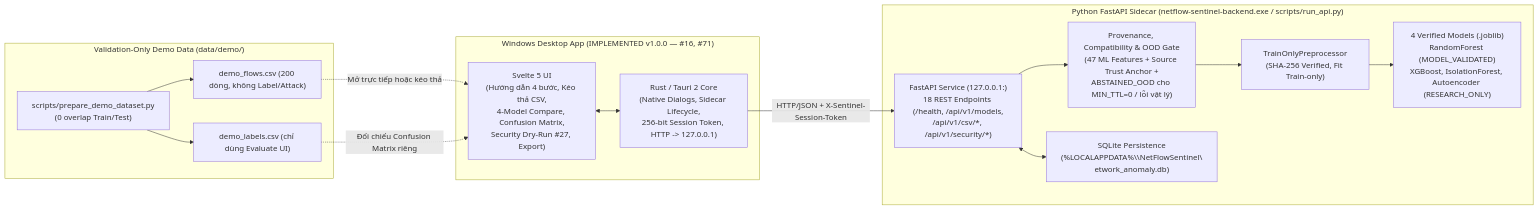
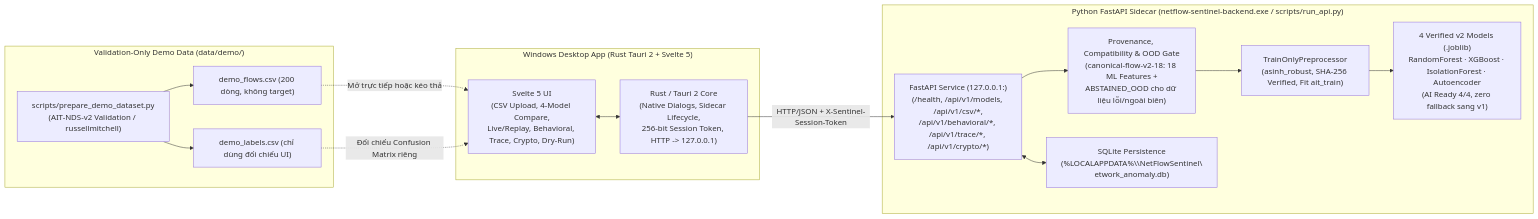
Before and after one commit to doctor-cato/AI-NETWORK-ANOMALY-DETECTION-TRACEABILITY-MAIN: the diagram in docs/ARCHITECTURE.md, drawn with Mermaid. The commit also changed other lines of this file and 382 other files, not shown here.

````diff
--- a/docs/ARCHITECTURE.md
+++ b/docs/ARCHITECTURE.md
@@ -7,30 +5,30 @@
 ```mermaid
 flowchart LR
-    subgraph Desktop["Windows Desktop App (IMPLEMENTED v1.0.0 — #16, #71)"]
-        UI["Svelte 5 UI<br/>(Hướng dẫn 4 bước, Kéo thả CSV,<br/>4-Model Compare, Confusion Matrix,<br/>Security Dry-Run #27, Export)"]
+    subgraph Desktop["Windows Desktop App (Rust Tauri 2 + Svelte 5)"]
+        UI["Svelte 5 UI<br/>(CSV Upload, 4-Model Compare,<br/>Live/Replay, Behavioral, Trace, Crypto, Dry-Run)"]
         TAURI["Rust / Tauri 2 Core<br/>(Native Dialogs, Sidecar Lifecycle,<br/>256-bit Session Token, HTTP -> 127.0.0.1)"]
         UI <--> TAURI
     end
 
     subgraph Sidecar["Python FastAPI Sidecar (netflow-sentinel-backend.exe / scripts/run_api.py)"]
-        API["FastAPI Service (127.0.0.1:<port>)<br/>18 REST Endpoints (/health, /api/v1/models,<br/>/api/v1/csv/*, /api/v1/security/*)"]
-        GATE["Provenance, Compatibility & OOD Gate<br/>(47 ML Features + Source Trust Anchor +<br/>ABSTAINED_OOD cho MIN_TTL=0 / lỗi vật lý)"]
-        PRE["TrainOnlyPreprocessor<br/>(SHA-256 Verified, Fit Train-only)"]
-        MODELS["4 Verified Models (.joblib)<br/>RandomForest (MODEL_VALIDATED)<br/>XGBoost, IsolationForest, Autoencoder (RESEARCH_ONLY)"]
+        API["FastAPI Service (127.0.0.1:<port>)<br/>(/health, /api/v1/models, /api/v1/csv/*,<br/>/api/v1/behavioral/*, /api/v1/trace/*, /api/v1/crypto/*)"]
+        GATE["Provenance, Compatibility & OOD Gate<br/>(canonical-flow-v2-18: 18 ML Features +<br/>ABSTAINED_OOD cho dữ liệu lỗi/ngoài biên)"]
+        PRE["TrainOnlyPreprocessor<br/>(asinh_robust, SHA-256 Verified, Fit ait_train)"]
+        MODELS["4 Verified v2 Models (.joblib)<br/>RandomForest · XGBoost · IsolationForest · Autoencoder<br/>(AI Ready 4/4, zero fallback sang v1)"]
         SQLITE["SQLite Persistence<br/>(%LOCALAPPDATA%\\NetFlowSentinel\\network_anomaly.db)"]
         API --> GATE --> PRE --> MODELS
         API <--> SQLITE
     end
 
     subgraph DemoPrep["Validation-Only Demo Data (data/demo/)"]
-        PREP["scripts/prepare_demo_dataset.py<br/>(0 overlap Train/Test)"]
-        FLOWS["demo_flows.csv (200 dòng, không Label/Attack)"]
-        LABELS["demo_labels.csv (chỉ dùng Evaluate UI)"]
+        PREP["scripts/prepare_demo_dataset.py<br/>(AIT-NDS-v2 Validation / russellmitchell)"]
+        FLOWS["demo_flows.csv (200 dòng, không target)"]
+        LABELS["demo_labels.csv (chỉ dùng đối chiếu UI)"]
         PREP --> FLOWS
         PREP --> LABELS
     end
 
     TAURI -- "HTTP/JSON + X-Sentinel-Session-Token" --> API
     FLOWS -. "Mở trực tiếp hoặc kéo thả" .-> UI
     LABELS -. "Đối chiếu Confusion Matrix riêng" .-> UI
 ```
````
